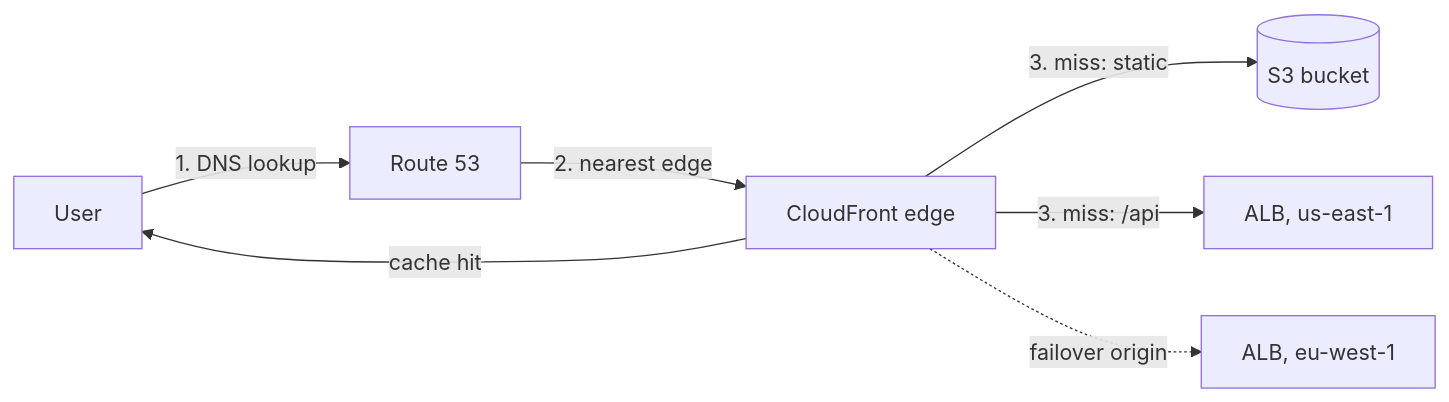
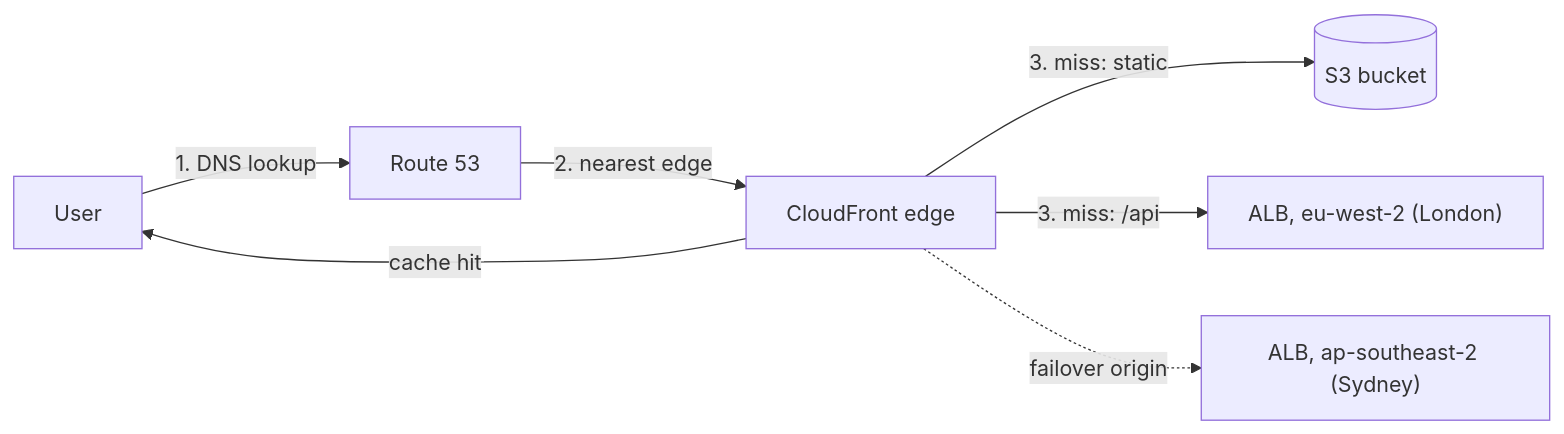
Before and after one commit to dhanrajsahoo0007/AI-ML: the diagram in apps/web/content/cloud/aws/edge.mdx, drawn with Mermaid. The commit also changed 38 other files, not shown here.

````diff
--- a/apps/web/content/cloud/aws/edge.mdx
+++ b/apps/web/content/cloud/aws/edge.mdx
@@ -36,9 +36,9 @@
 ```mermaid
 flowchart LR
     U["User"] -->|"1. DNS lookup"| R53["Route 53"]
     R53 -->|"2. nearest edge"| CF["CloudFront edge"]
     CF -->|"cache hit"| U
     CF -->|"3. miss: static"| S3[("S3 bucket")]
-    CF -->|"3. miss: /api"| ALB1["ALB, us-east-1"]
-    CF -.->|"failover origin"| ALB2["ALB, eu-west-1"]
+    CF -->|"3. miss: /api"| ALB1["ALB, eu-west-2 (London)"]
+    CF -.->|"failover origin"| ALB2["ALB, ap-southeast-2 (Sydney)"]
 ```
````
